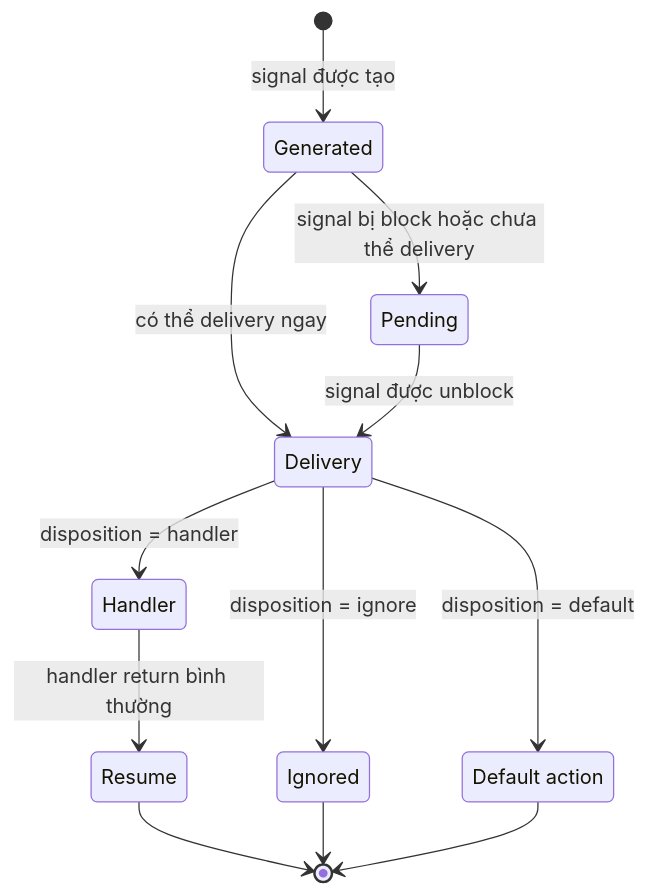
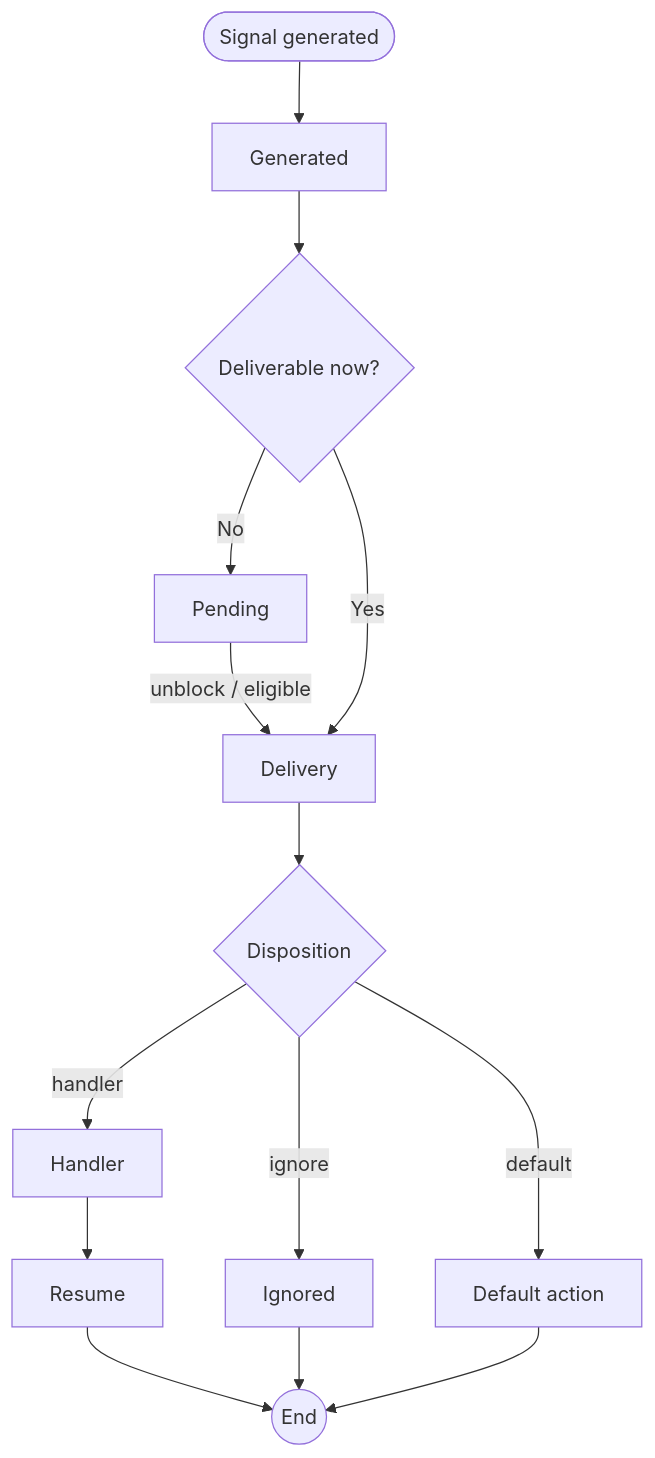
One commit to hai-kevins/embedded-linux changed the diagram in phase-01/README-topic-05.md. Above: the diagram before and after it, drawn with Mermaid. The commit also changed 6 other files, not shown here.

````diff
--- a/phase-01/README-topic-05.md
+++ b/phase-01/README-topic-05.md
@@ -148,22 +148,16 @@
 ```mermaid
-stateDiagram-v2
-    state "Generated" as Generated
-    state "Pending" as Pending
-    state "Delivery" as Delivery
-    state "Handler" as Handler
-    state "Resume" as Resume
-    state "Ignored" as Ignored
-    state "Default action" as DefaultAction
-
-    [*] --> Generated: signal được tạo
-    Generated --> Pending: signal bị block hoặc chưa thể delivery
-    Generated --> Delivery: có thể delivery ngay
-    Pending --> Delivery: signal được unblock
-    Delivery --> Ignored: disposition = ignore
-    Delivery --> Handler: disposition = handler
-    Delivery --> DefaultAction: disposition = default
-    Handler --> Resume: handler return bình thường
-    Resume --> [*]
-    Ignored --> [*]
-    DefaultAction --> [*]
+flowchart TD
+    Start([Signal generated]) --> Generated["Generated"]
+    Generated --> Ready{"Deliverable now?"}
+    Ready -->|No| Pending["Pending"]
+    Pending -->|unblock / eligible| Delivery["Delivery"]
+    Ready -->|Yes| Delivery
+    Delivery --> Disposition{"Disposition"}
+    Disposition -->|ignore| Ignored["Ignored"]
+    Disposition -->|handler| Handler["Handler"]
+    Disposition -->|default| DefaultAction["Default action"]
+    Handler --> Resume["Resume"]
+    Resume --> End((End))
+    Ignored --> End
+    DefaultAction --> End
 ```
````
